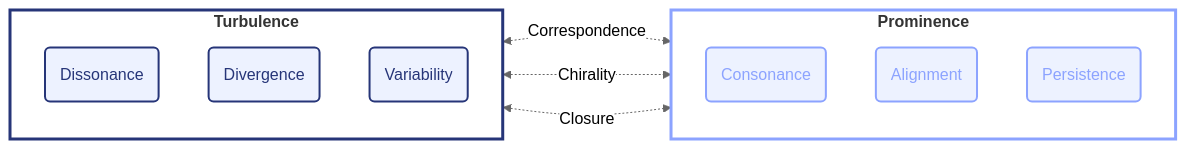
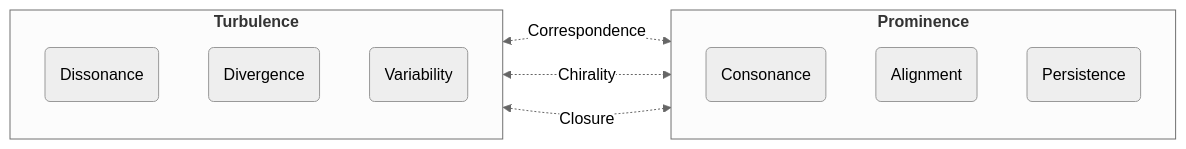
The tenth of 13 diagrams in content/commons.mdx (clairemira/miranova), drawn with Mermaid before and after one commit. The commit also changed other lines of this file and 23 other files, not shown here.

Commit message:
Added dark mode support for mermaid nodes

````diff
--- a/content/commons.mdx
+++ b/content/commons.mdx
@@ -1019,40 +933,32 @@
 ```mermaid
 ---
 config:
   flowchart:
     curve: basis
   theme: neutral
 ---
 flowchart LR
 
   subgraph TUR[<strong>Turbulence</strong>]
     direction TD
 
     D(Dissonance)
     G(Divergence)
     V(Variability)
-
   end
 
   subgraph PRO[<strong>Prominence</strong>]
     direction TD
 
     C(Consonance)
     A(Alignment)
     S(Persistence)
   end
 
   D <-.->|Correspondence| C
   G <-.->|Chirality| A
   V <-.->|Closure| S
 
-  classDef promNode fill:#edf2ff,stroke:#8ca3ff,color:#8ca3ff,stroke-width:2px
-  classDef turbNode fill:#edf2ff,stroke:#263578,color:#263578,stroke-width:2px
-
-  class D,G,V turbNode
-  class C,A,S promNode
-
-  style PRO fill:transparent,stroke:#8ca3ff,stroke-width:3px
-  style TUR fill:transparent,stroke:#263578,stroke-width:3px
-
+  class D,G,V turbulence
+  class C,A,S prominence
 ```
````
